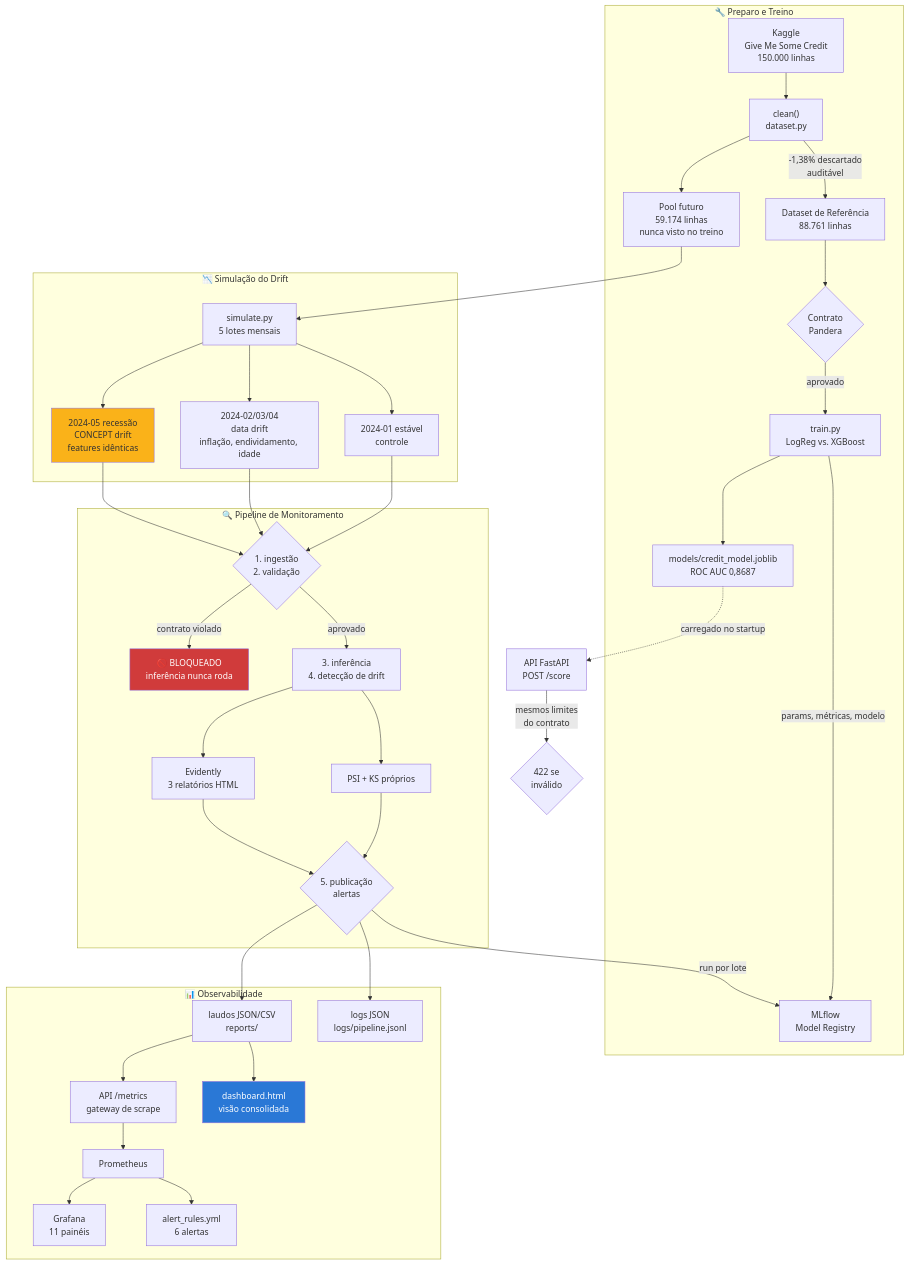
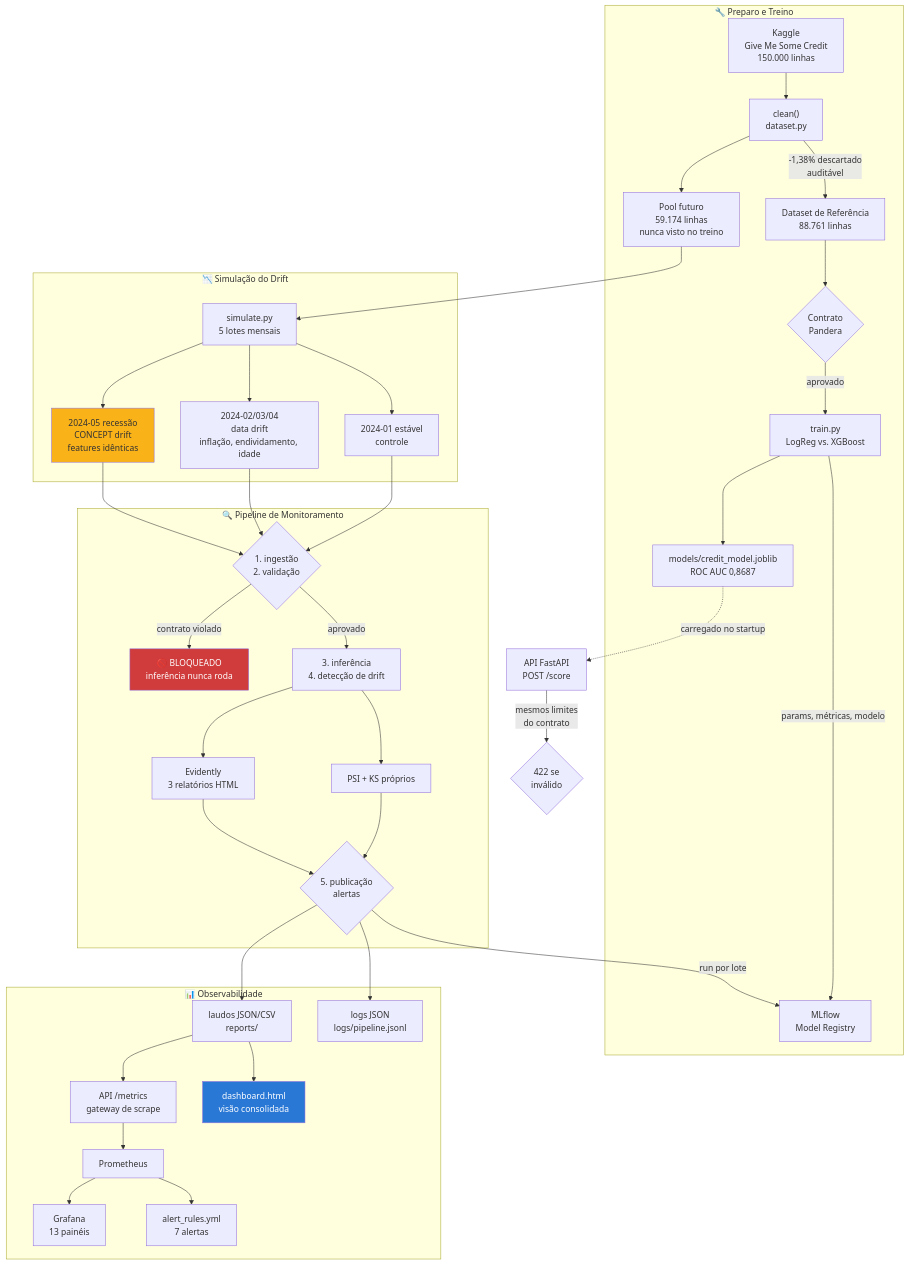
One commit to fiap-postech-ml-engineering/credit-scoring-observability changed the diagram in README.md. Above: the diagram before and after it, drawn with Mermaid. The commit also changed other lines of this file and 3 other files, not shown here.

````diff
--- a/README.md
+++ b/README.md
@@ -176,80 +179,80 @@
 ```mermaid
 flowchart TD
     subgraph PREP["🔧 Preparo e Treino"]
         A["Kaggle
 Give Me Some Credit
 150.000 linhas"] --> B["clean()
 dataset.py"]
         B -->|"-1,38% descartado
 auditável"| C["Dataset de Referência
 88.761 linhas"]
         B --> D["Pool futuro
 59.174 linhas
 nunca visto no treino"]
         C --> E{"Contrato
 Pandera"}
         E -->|aprovado| F["train.py
 LogReg vs. XGBoost"]
         F --> G["models/credit_model.joblib
 ROC AUC 0,8687"]
         F -->|params, métricas, modelo| H["MLflow
 Model Registry"]
     end
 
     subgraph SIM["📉 Simulação do Drift"]
         D --> I["simulate.py
 5 lotes mensais"]
         I --> J["2024-01 estável
 controle"]
         I --> K["2024-02/03/04
 data drift
 inflação, endividamento, idade"]
         I --> L["2024-05 recessão
 CONCEPT drift
 features idênticas"]
     end
 
     subgraph MON["🔍 Pipeline de Monitoramento"]
         J --> M{"1. ingestão
 2. validação"}
         K --> M
         L --> M
         M -->|contrato violado| N["🚫 BLOQUEADO
 inferência nunca roda"]
         M -->|aprovado| O["3. inferência
 4. detecção de drift"]
         O --> P["PSI + KS próprios"]
         O --> Q["Evidently
 3 relatórios HTML"]
         P --> R{"5. publicação
 alertas"}
         Q --> R
     end
 
     subgraph OBS["📊 Observabilidade"]
         R --> S["laudos JSON/CSV
 reports/"]
         R --> T["logs JSON
 logs/pipeline.jsonl"]
         R -->|run por lote| H
         S --> U["API /metrics
 gateway de scrape"]
         U --> V["Prometheus"]
         V --> W["Grafana
-11 painéis"]
+13 painéis"]
         V --> X["alert_rules.yml
-6 alertas"]
+7 alertas"]
         S --> Y["dashboard.html
 visão consolidada"]
     end
 
     G -.->|carregado no startup| Z["API FastAPI
 POST /score"]
     Z -->|"mesmos limites
 do contrato"| AA{"422 se
 inválido"}
 
     style N fill:#d03b3b,color:#fff
     style L fill:#fab219
     style Y fill:#2a78d6,color:#fff
 ```
````
